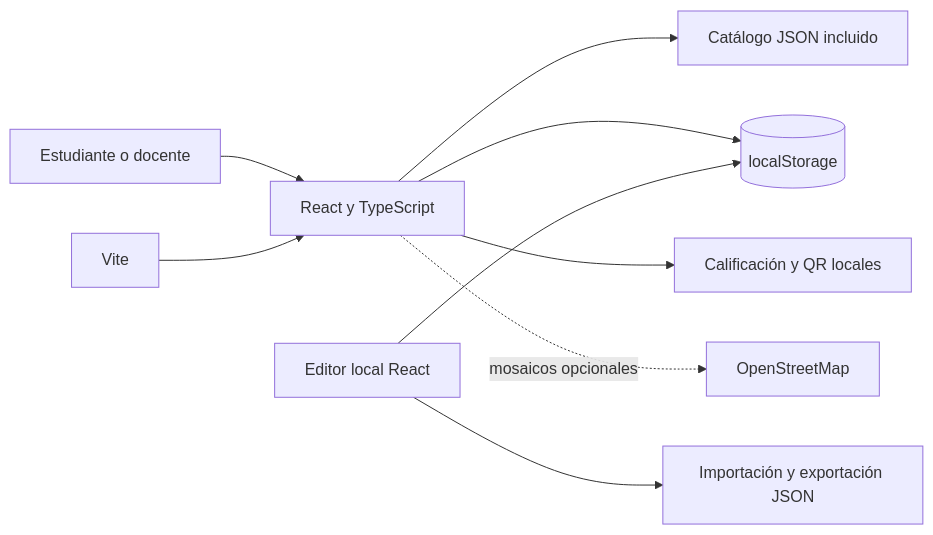
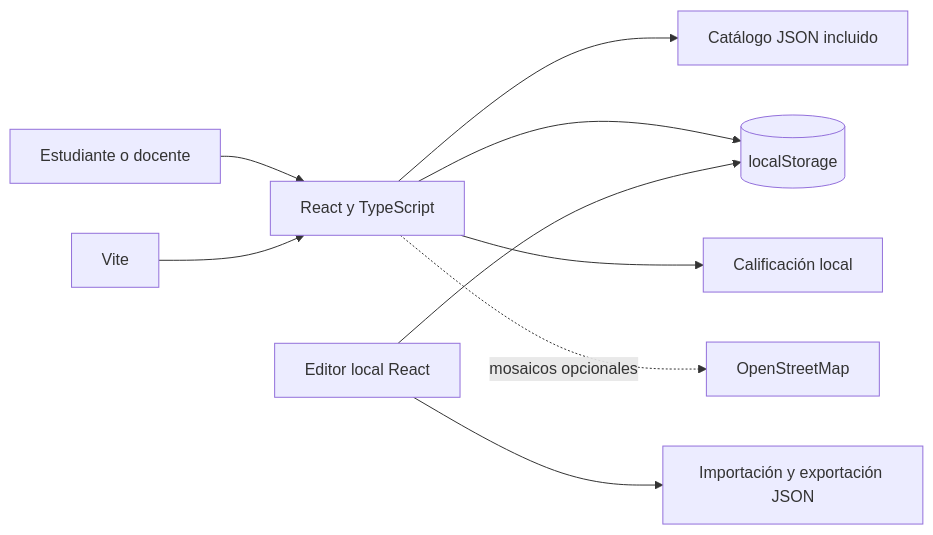
Before and after one commit to BismarckConde/Proyecto_Historia_Leon--main: the first of 3 diagrams in docs/diagramas.md, drawn with Mermaid. The commit also changed other lines of this file and 5 other files, not shown here.

````diff
--- a/docs/diagramas.md
+++ b/docs/diagramas.md
@@ -5,11 +5,11 @@
 ```mermaid
 flowchart LR
  U[Estudiante o docente] --> R[React y TypeScript]
  R --> C[Catálogo JSON incluido]
  R --> L[(localStorage)]
  E[Editor local React] --> L
  E --> J[Importación y exportación JSON]
- R --> Q[Calificación y QR locales]
+ R --> Q[Calificación local]
  R -. mosaicos opcionales .-> O[OpenStreetMap]
  V[Vite] --> R
 ```
````
